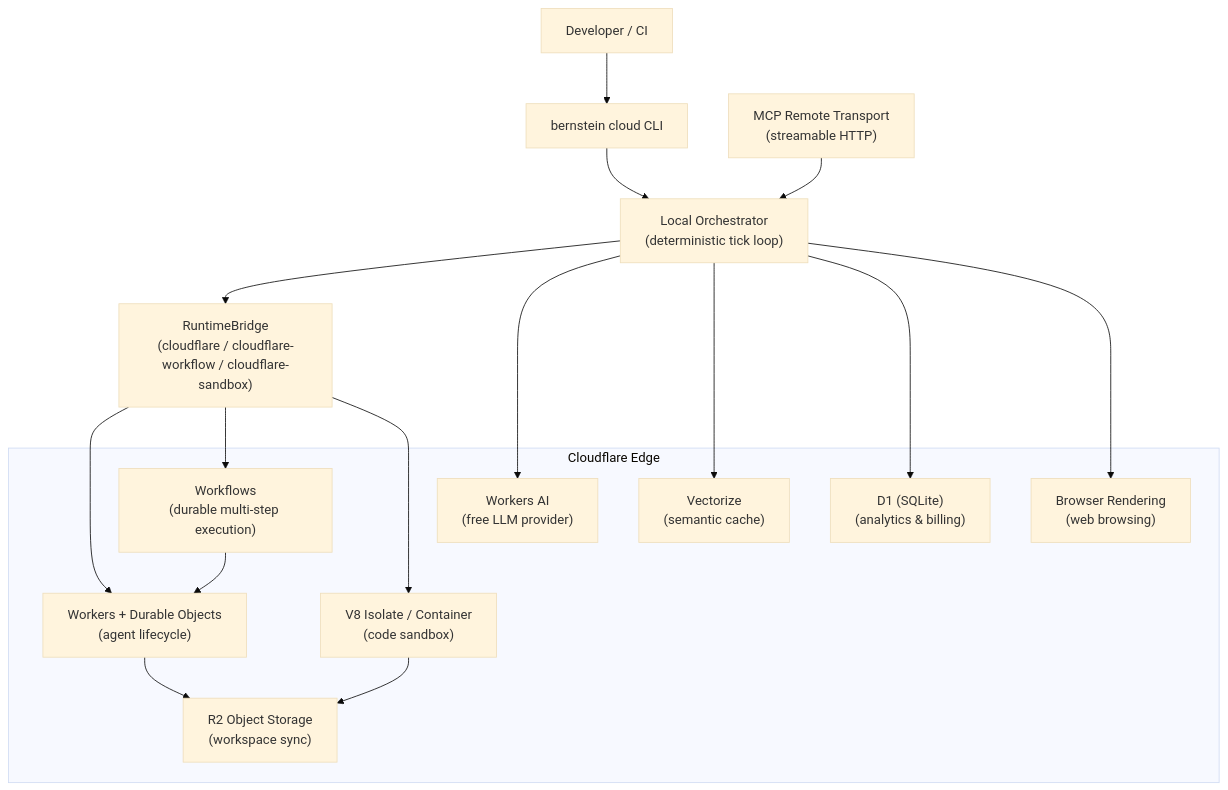
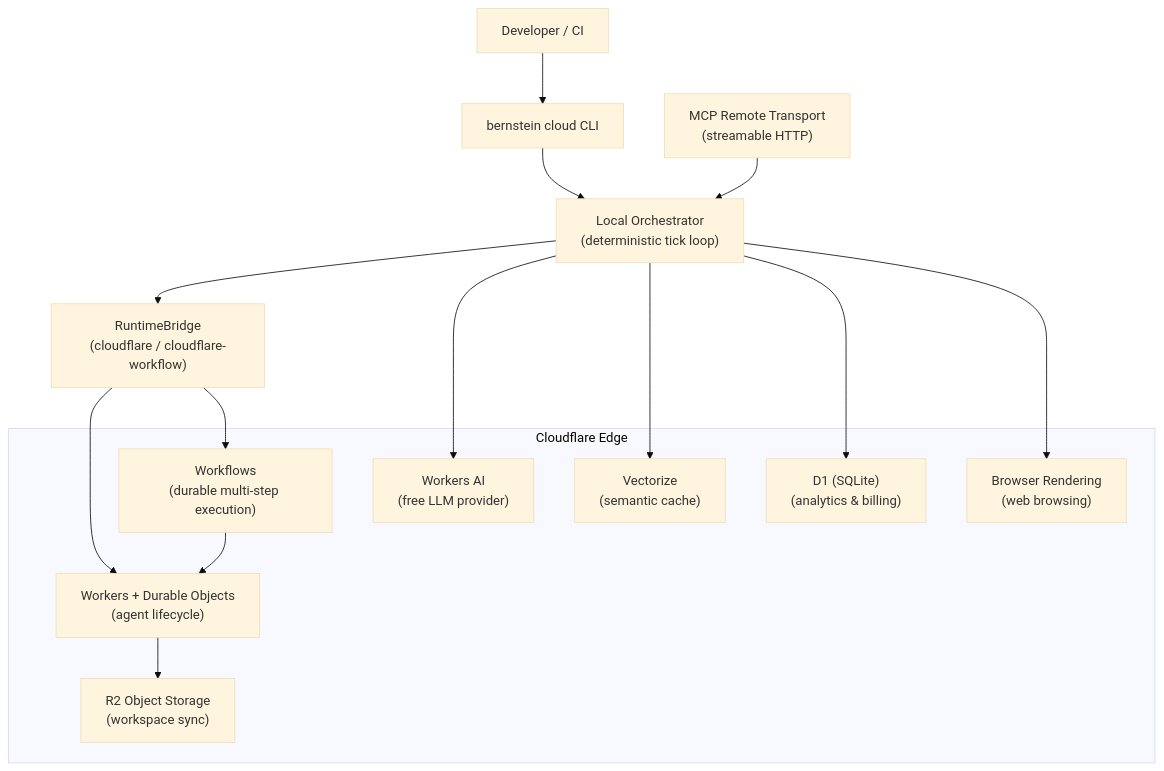
One commit to AlvaroBalbin/bernstein changed the diagram in docs/cloudflare/cloudflare-overview.md. Above: the diagram before and after it, drawn with Mermaid (base theme). The commit also changed other lines of this file and 34 other files, not shown here.

````diff
--- a/docs/cloudflare/cloudflare-overview.md
+++ b/docs/cloudflare/cloudflare-overview.md
@@ -22,32 +21,30 @@
 ```mermaid
 graph TD
     User["Developer / CI"]
     CLI["bernstein cloud CLI"]
     Orch["Local Orchestrator<br/>(deterministic tick loop)"]
-    Bridge["RuntimeBridge<br/>(cloudflare / cloudflare-workflow / cloudflare-sandbox)"]
+    Bridge["RuntimeBridge<br/>(cloudflare / cloudflare-workflow)"]
 
     subgraph Cloudflare["Cloudflare Edge"]
         Worker["Workers + Durable Objects<br/>(agent lifecycle)"]
         Workflow["Workflows<br/>(durable multi-step execution)"]
-        Sandbox["V8 Isolate / Container<br/>(code sandbox)"]
         R2["R2 Object Storage<br/>(workspace sync)"]
         D1["D1 (SQLite)<br/>(analytics & billing)"]
         Vec["Vectorize<br/>(semantic cache)"]
         AI["Workers AI<br/>(free LLM provider)"]
         Browser["Browser Rendering<br/>(web browsing)"]
     end
 
     MCP["MCP Remote Transport<br/>(streamable HTTP)"]
 
     User --> CLI --> Orch
     Orch --> Bridge
-    Bridge --> Worker & Workflow & Sandbox
+    Bridge --> Worker & Workflow
     Worker --> R2
-    Sandbox --> R2
     Workflow --> Worker
     Orch --> AI
     Orch --> Vec
     Orch --> D1
     Orch --> Browser
     MCP --> Orch
 ```
````
